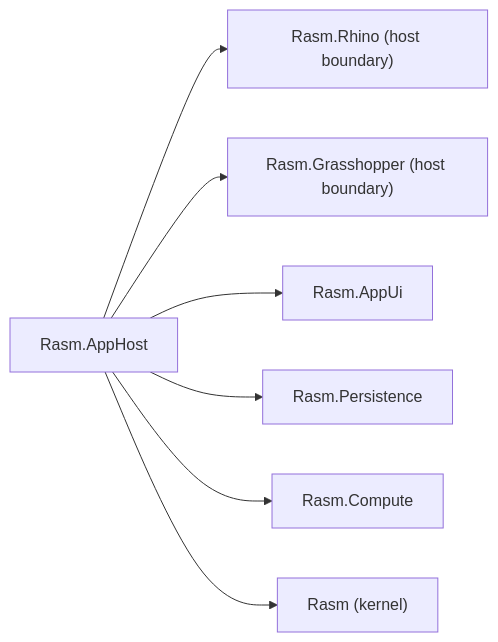
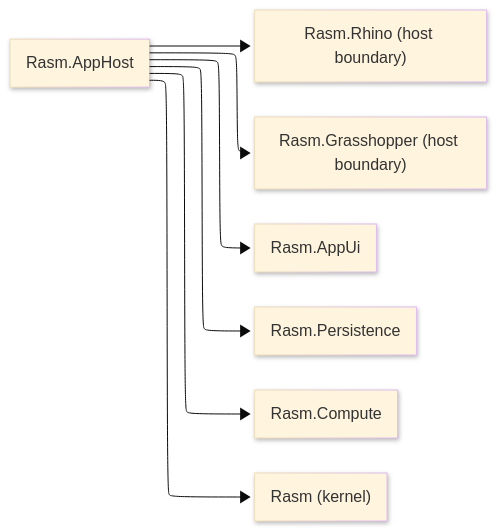
Before and after one commit to bsamiee/Rasm: the diagram in libs/csharp/Rasm.AppHost/_ARCHITECTURE.md, drawn with Mermaid. The commit also changed other lines of this file and 153 other files, not shown here.

````diff
--- a/libs/csharp/Rasm.AppHost/_ARCHITECTURE.md
+++ b/libs/csharp/Rasm.AppHost/_ARCHITECTURE.md
@@ -7,9 +7,21 @@
 ```mermaid
+---
+config:
+  layout: elk
+  look: neo
+  theme: base
+  elk:
+    mergeEdges: false
+    nodePlacementStrategy: BRANDES_KOEPF
+    cycleBreakingStrategy: GREEDY_MODEL_ORDER
+---
 flowchart LR
+    accTitle: Rasm AppHost runtime boundary
+    accDescr: Rasm AppHost connects the host boundaries, product UI, durable state, execution platform, and kernel through one runtime-record boundary.
     Host["Rasm.AppHost"] --> Rhino["Rasm.Rhino (host boundary)"]
     Host --> Gh["Rasm.Grasshopper (host boundary)"]
     Host --> Ui["Rasm.AppUi"]
     Host --> Store["Rasm.Persistence"]
     Host --> Compute["Rasm.Compute"]
     Host --> Domain["Rasm (kernel)"]
 ```
````
